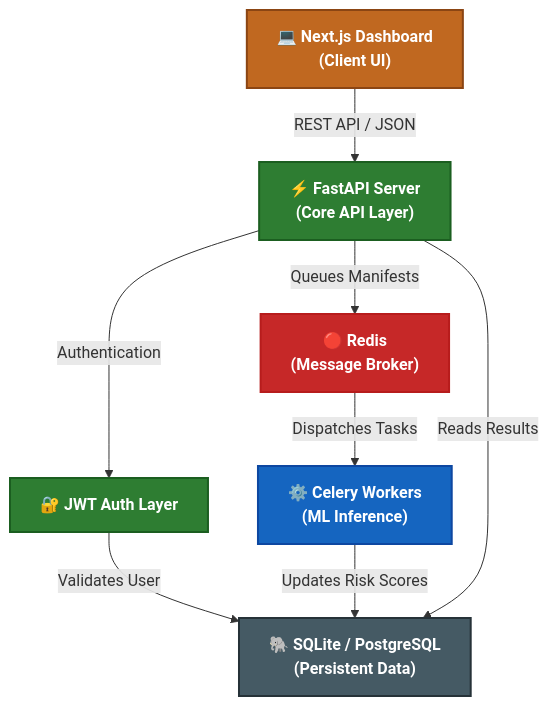
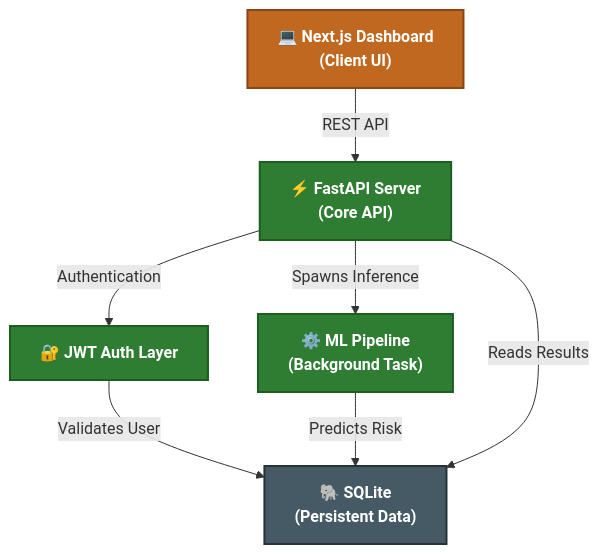
The diagram in README.md (Priyansh9506/Prototype-Zero), drawn with Mermaid before and after one commit. The commit also changed other lines of this file and 2 other files, not shown here.

Commit message:
docs: clean up redis/celery references and revert branding to original

````diff
--- a/README.md
+++ b/README.md
@@ -40,27 +40,24 @@
 ```mermaid
 graph TD
     %% Styling
     classDef frontend fill:#C06820,stroke:#8B4513,stroke-width:2px,color:#fff,font-weight:bold
     classDef backend fill:#2E7D32,stroke:#1B5E20,stroke-width:2px,color:#fff,font-weight:bold
-    classDef worker fill:#1565C0,stroke:#0D47A1,stroke-width:2px,color:#fff,font-weight:bold
     classDef memory fill:#C62828,stroke:#b71c1c,stroke-width:2px,color:#fff,font-weight:bold
     classDef db fill:#455A64,stroke:#263238,stroke-width:2px,color:#fff,font-weight:bold
 
     %% Nodes
     Client["💻 Next.js Dashboard<br/>(Client UI)"]:::frontend
-    API["⚡ FastAPI Server<br/>(Core API Layer)"]:::backend
+    API["⚡ FastAPI Server<br/>(Core API)"]:::backend
     Auth["🔐 JWT Auth Layer"]:::backend
-    Celery["⚙️ Celery Workers<br/>(ML Inference)"]:::worker
-    Redis["🔴 Redis<br/>(Message Broker)"]:::memory
-    Postgres["🐘 SQLite / PostgreSQL<br/>(Persistent Data)"]:::db
+    ML_Task["⚙️ ML Pipeline<br/>(Background Task)"]:::backend
+    Postgres["🐘 SQLite<br/>(Persistent Data)"]:::db
 
     %% Connections
-    Client -- "REST API / JSON" --> API
+    Client -- "REST API" --> API
     API -- "Authentication" --> Auth
     Auth -- "Validates User" --> Postgres
 
-    API -- "Queues Manifests" --> Redis
-    Redis -- "Dispatches Tasks" --> Celery
-    Celery -- "Updates Risk Scores" --> Postgres
+    API -- "Spawns Inference" --> ML_Task
+    ML_Task -- "Predicts Risk" --> Postgres
     API -- "Reads Results" --> Postgres
 ```
````
